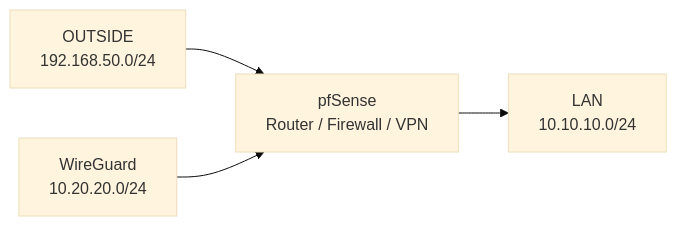
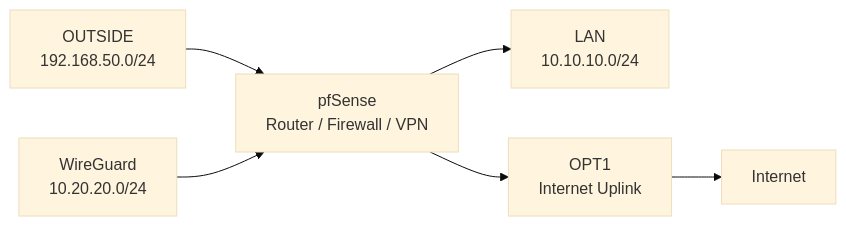
One commit to paknaoo/kubernetes-pfsense-wireguard-homelab changed the first of 2 diagrams in docs/networking.md. Above: the diagram before and after it, drawn with Mermaid (base theme). The commit also changed other lines of this file, not shown here.

````diff
--- a/docs/networking.md
+++ b/docs/networking.md
@@ -30,19 +32,21 @@
 ```mermaid
 flowchart LR
 
-    OUTSIDE["OUTSIDE
-    192.168.50.0/24"]
+    OUTSIDE["OUTSIDE<br>192.168.50.0/24"]
 
-    PFSENSE["pfSense
-    Router / Firewall / VPN"]
+    PFSENSE["pfSense<br>Router / Firewall / VPN"]
 
-    LAN["LAN
-    10.10.10.0/24"]
+    LAN["LAN<br>10.10.10.0/24"]
 
-    WG["WireGuard
-    10.20.20.0/24"]
+    WG["WireGuard<br>10.20.20.0/24"]
+
+    OPT1["OPT1<br>Internet Uplink"]
+
+    INTERNET["Internet"]
 
     OUTSIDE --> PFSENSE
     WG --> PFSENSE
     PFSENSE --> LAN
+    PFSENSE --> OPT1
+    OPT1 --> INTERNET
 ```
````
